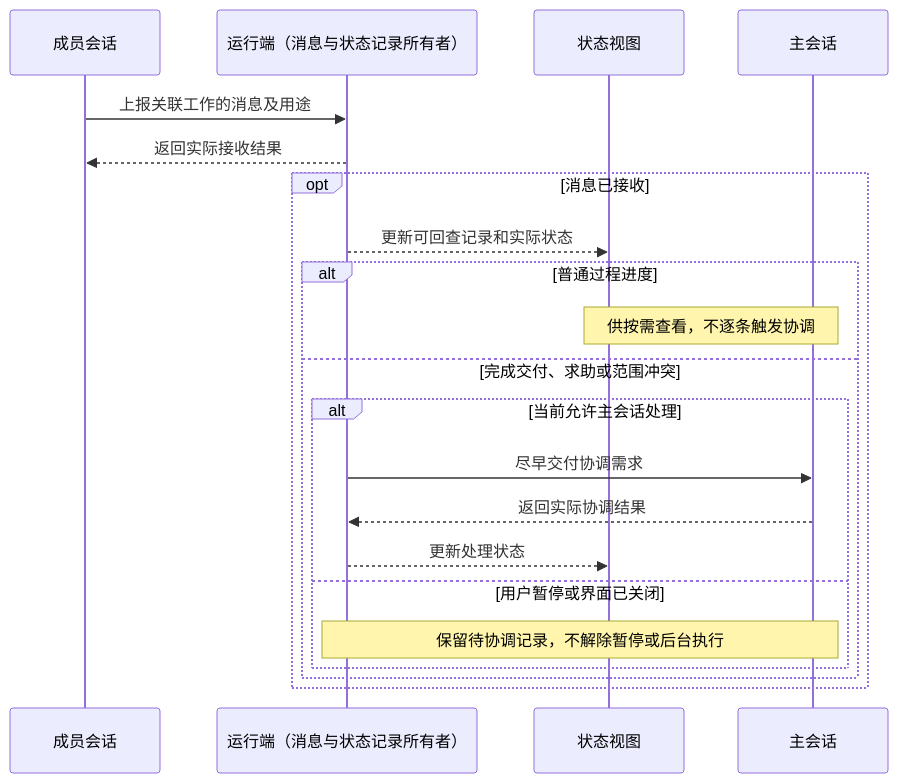
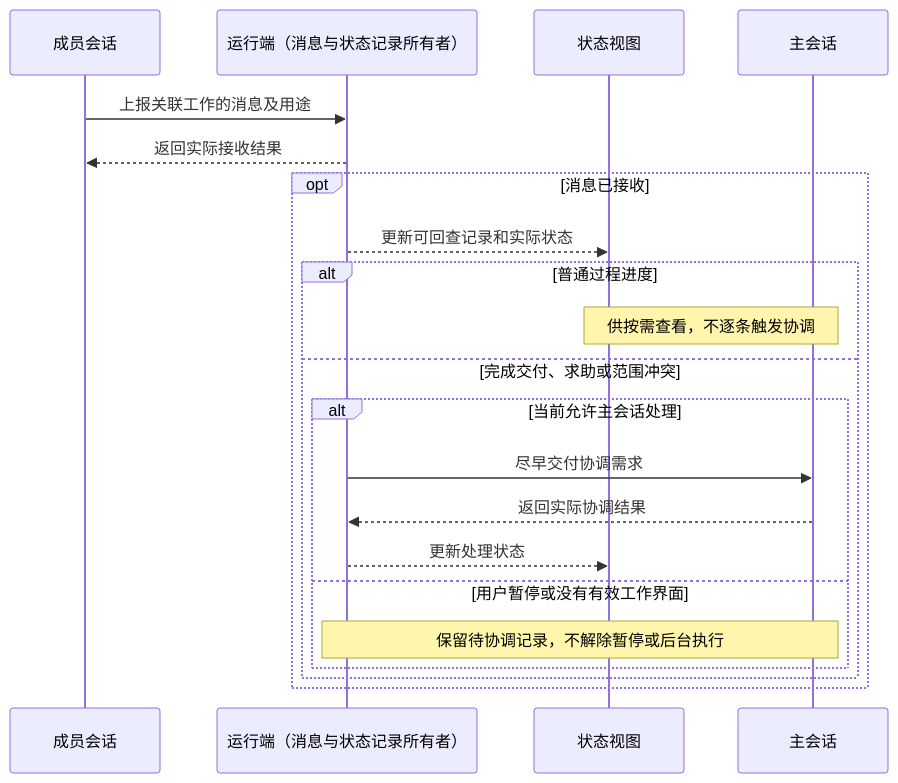
Diagram 11 of 14 in spec/工作台信息架构.md (ssdiwu/dcode), drawn with Mermaid before and after one commit. The commit also changed other lines of this file and 313 other files, not shown here.

````diff
--- a/spec/工作台信息架构.md
+++ b/spec/工作台信息架构.md
@@ -148,23 +375,23 @@
 ```mermaid
 sequenceDiagram
     participant Member as 成员会话
     participant Runtime as 运行端（消息与状态记录所有者）
     participant View as 状态视图
     participant Lead as 主会话
     Member->>Runtime: 上报关联工作的消息及用途
     Runtime-->>Member: 返回实际接收结果
     opt 消息已接收
         Runtime-->>View: 更新可回查记录和实际状态
         alt 普通过程进度
             Note over View,Lead: 供按需查看，不逐条触发协调
         else 完成交付、求助或范围冲突
             alt 当前允许主会话处理
                 Runtime->>Lead: 尽早交付协调需求
                 Lead-->>Runtime: 返回实际协调结果
                 Runtime-->>View: 更新处理状态
-            else 用户暂停或界面已关闭
+            else 用户暂停或没有有效工作界面
                 Note over Runtime,Lead: 保留待协调记录，不解除暂停或后台执行
             end
         end
     end
 ```
````
